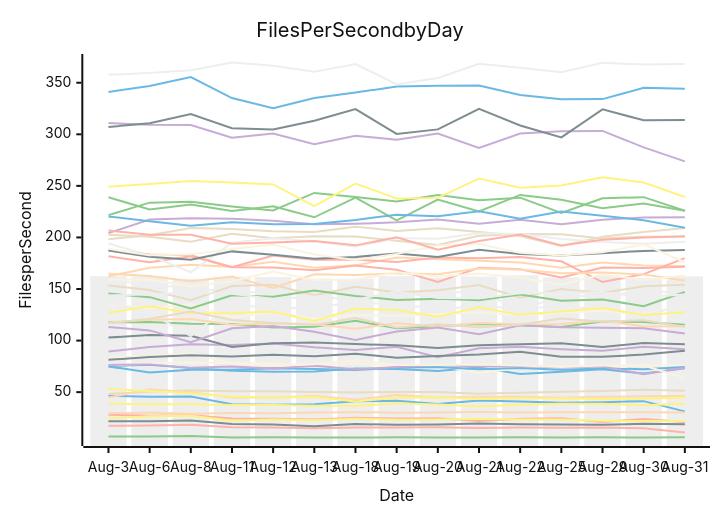
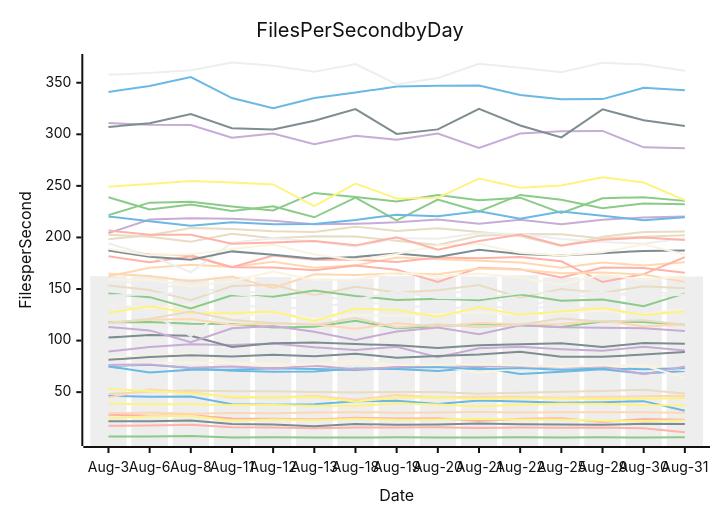
One commit to streetsidesoftware/cspell changed the diagram in perf-report.md. Above: the diagram before and after it, drawn with Mermaid (neutral theme). The commit also changed other lines of this file and 1 other file, not shown here.

````diff
--- a/perf-report.md
+++ b/perf-report.md
@@ -10,57 +10,57 @@
 ```mermaid
 xychart-beta
     title Files Per Second by Day
     y-axis Files per Second
     x-axis Date [Aug-3, Aug-6, Aug-8, Aug-11, Aug-12, Aug-13, Aug-18, Aug-19, Aug-20, Aug-21, Aug-22, Aug-25, Aug-29, Aug-30, Aug-31]
-    bar [162.42, 162.15, 159.78, 161.87, 161.59, 160.12, 160.00, 162.54, 160.82, 162.11, 163.20, 161.31, 162.91, 160.67, 162.23]
-    line [46.57, 45.56, 45.66, 38.22, 37.79, 38.23, 41.09, 41.54, 38.59, 41.99, 40.85, 39.81, 40.28, 41.27, 31.34]
-    line [6.91, 7.06, 7.47, 6.09, 6.22, 6.12, 6.05, 6.23, 6.09, 6.02, 6.19, 6.02, 6.20, 6.04, 6.31]
-    line [89.32, 93.72, 96.32, 95.66, 97.25, 93.41, 90.83, 93.92, 83.91, 92.53, 93.93, 91.70, 90.17, 94.03, 91.58]
-    line [48.27, 50.39, 51.68, 50.89, 50.88, 50.22, 49.59, 50.25, 50.03, 48.40, 49.47, 50.47, 51.15, 52.21, 51.36]
-    line [27.98, 27.09, 27.59, 24.33, 24.19, 23.40, 25.07, 24.48, 24.64, 22.11, 24.14, 24.67, 21.16, 23.95, 21.08]
-    line [24.58, 26.54, 27.00, 22.24, 23.36, 22.81, 24.23, 23.27, 23.59, 24.08, 23.43, 23.40, 22.23, 21.90, 22.11]
-    line [102.88, 105.40, 104.69, 93.74, 97.45, 98.22, 96.65, 95.35, 92.84, 95.49, 96.50, 97.40, 93.72, 97.65, 96.36]
-    line [44.73, 52.88, 49.80, 44.85, 44.73, 46.28, 42.85, 47.12, 44.69, 45.57, 45.49, 44.61, 45.50, 46.05, 46.28]
-    line [135.43, 131.19, 135.23, 122.44, 127.81, 121.17, 124.81, 124.18, 125.47, 127.40, 124.91, 126.98, 128.83, 125.51, 134.00]
-    line [158.79, 154.00, 151.10, 147.11, 146.86, 146.10, 136.12, 147.29, 144.63, 149.12, 128.33, 145.05, 141.62, 149.48, 145.13]
-    line [75.13, 76.66, 73.32, 70.77, 69.86, 70.01, 73.04, 72.36, 70.62, 73.83, 67.67, 69.68, 72.12, 68.00, 73.10]
-    line [117.78, 117.94, 116.33, 116.04, 112.64, 113.43, 119.19, 111.93, 114.00, 116.17, 114.97, 113.11, 118.41, 118.01, 115.38]
-    line [310.96, 309.18, 308.97, 296.59, 300.81, 290.46, 298.69, 294.82, 300.68, 286.71, 300.74, 302.95, 303.29, 287.37, 273.70]
-    line [202.60, 200.71, 195.89, 203.57, 199.20, 201.23, 200.81, 196.78, 192.62, 201.64, 203.42, 203.18, 198.91, 200.77, 200.60]
-    line [17.45, 17.65, 18.37, 15.99, 15.64, 15.11, 15.67, 15.78, 15.86, 15.35, 15.70, 15.41, 15.75, 15.00, 10.95]
-    line [53.03, 51.13, 48.90, 45.53, 44.69, 45.18, 40.85, 44.70, 45.09, 43.47, 44.07, 43.94, 43.35, 43.55, 44.83]
-    line [21.72, 21.80, 22.54, 19.07, 18.54, 16.95, 19.10, 18.27, 18.74, 19.65, 18.80, 18.62, 18.45, 19.29, 18.93]
-    line [162.30, 170.51, 173.47, 171.46, 176.49, 170.50, 172.92, 180.52, 178.78, 177.41, 175.76, 170.70, 175.74, 172.74, 172.42]
-    line [75.71, 77.66, 78.66, 78.35, 77.65, 75.86, 77.65, 74.07, 76.09, 68.93, 73.13, 75.35, 74.03, 75.97, 75.67]
-    line [137.05, 127.16, 104.34, 135.34, 130.97, 132.26, 136.82, 135.16, 130.52, 133.31, 131.34, 132.85, 130.95, 124.42, 134.71]
-    line [74.92, 69.05, 71.64, 71.63, 73.23, 72.55, 71.44, 73.71, 74.27, 72.25, 73.30, 71.82, 72.99, 72.24, 74.47]
-    line [238.93, 227.08, 231.94, 225.75, 230.29, 219.53, 238.65, 216.52, 236.75, 225.24, 241.21, 236.60, 228.23, 232.86, 225.86]
-    line [76.34, 76.92, 73.53, 74.78, 72.96, 75.57, 72.13, 74.31, 76.20, 74.98, 75.32, 73.98, 74.92, 67.44, 73.58]
-    line [198.32, 202.22, 209.23, 208.13, 206.12, 205.21, 210.46, 206.31, 208.96, 205.28, 201.48, 191.68, 200.76, 205.32, 209.16]
-    line [181.77, 175.87, 181.75, 171.06, 170.80, 168.18, 172.80, 168.69, 156.73, 170.52, 169.10, 161.12, 170.94, 170.42, 171.66]
-    line [39.03, 38.14, 38.18, 37.54, 37.60, 36.71, 36.51, 39.25, 38.04, 36.06, 37.72, 38.63, 38.79, 37.24, 38.82]
-    line [307.09, 310.74, 319.60, 305.87, 304.71, 313.08, 324.40, 300.37, 304.78, 324.68, 308.60, 296.98, 324.16, 313.60, 313.90]
-    line [117.60, 120.09, 120.85, 115.35, 116.69, 115.74, 111.39, 116.78, 113.71, 117.01, 115.75, 116.08, 119.18, 113.59, 113.90]
-    line [83.62, 84.88, 87.82, 77.70, 75.58, 76.94, 80.70, 76.26, 76.41, 76.73, 75.85, 74.38, 75.85, 75.82, 63.58]
-    line [194.07, 182.58, 166.07, 194.86, 199.17, 196.17, 191.14, 199.41, 198.71, 204.15, 203.44, 198.55, 195.50, 193.96, 195.93]
-    line [341.03, 346.90, 355.56, 335.17, 325.27, 335.20, 340.52, 346.23, 347.14, 347.41, 338.20, 333.97, 334.12, 345.07, 344.07]
-    line [221.63, 233.74, 234.59, 230.11, 226.13, 243.15, 239.31, 234.89, 241.23, 236.06, 238.56, 223.75, 237.91, 239.06, 225.93]
-    line [204.15, 217.44, 218.55, 218.05, 216.13, 212.80, 213.27, 214.61, 217.28, 213.25, 217.17, 212.77, 217.16, 219.42, 219.67]
-    line [153.39, 148.93, 139.04, 152.86, 154.13, 144.07, 152.10, 146.68, 148.87, 153.90, 141.45, 150.06, 146.03, 152.71, 154.22]
-    line [187.46, 183.38, 182.66, 171.17, 182.41, 178.32, 178.57, 176.08, 180.57, 179.89, 180.99, 176.89, 156.76, 164.43, 179.98]
-    line [126.83, 133.33, 126.61, 126.72, 128.04, 119.05, 131.02, 129.61, 123.08, 132.18, 124.93, 128.24, 131.60, 124.76, 127.41]
-    line [187.31, 181.39, 178.30, 186.48, 183.29, 179.27, 181.07, 184.49, 180.99, 187.99, 183.89, 182.41, 184.77, 186.94, 187.90]
-    line [29.48, 30.19, 29.03, 29.67, 29.60, 30.33, 30.62, 30.06, 30.32, 30.71, 30.33, 30.41, 30.59, 30.45, 30.18]
-    line [188.91, 182.68, 183.70, 188.70, 193.07, 183.50, 178.10, 183.95, 192.12, 193.67, 185.05, 182.38, 185.55, 193.26, 175.95]
-    line [357.63, 359.56, 362.02, 369.62, 366.45, 360.63, 368.14, 348.34, 354.65, 368.47, 364.63, 360.14, 369.32, 367.60, 368.06]
-    line [220.37, 215.62, 211.22, 214.76, 212.79, 213.14, 217.00, 221.94, 220.45, 225.30, 218.11, 225.16, 221.13, 216.69, 209.38]
-    line [145.58, 142.12, 131.06, 143.98, 142.41, 148.62, 143.28, 139.37, 140.53, 139.04, 144.69, 138.65, 139.89, 133.31, 147.05]
-    line [113.19, 109.88, 98.38, 112.00, 114.17, 108.57, 100.66, 108.77, 112.72, 106.20, 114.85, 112.98, 112.47, 111.83, 106.77]
-    line [116.67, 121.26, 128.17, 119.97, 117.10, 115.21, 121.90, 112.74, 115.76, 112.80, 115.24, 121.46, 118.37, 119.80, 113.42]
-    line [206.67, 202.54, 202.61, 193.89, 195.05, 196.60, 192.32, 200.16, 188.13, 196.57, 202.87, 192.16, 197.82, 199.85, 201.09]
-    line [249.24, 251.79, 254.83, 253.26, 251.44, 230.32, 252.21, 237.84, 238.36, 257.03, 248.15, 250.39, 258.39, 253.25, 239.15]
-    line [81.39, 83.97, 85.77, 84.48, 86.21, 84.78, 87.25, 83.34, 85.16, 86.61, 89.19, 84.30, 84.25, 86.47, 90.24]
-    line [164.91, 162.58, 157.48, 162.05, 151.08, 164.19, 163.52, 165.17, 164.35, 169.78, 168.65, 165.26, 166.00, 163.99, 158.25]
-    line [159.02, 159.32, 152.64, 157.58, 166.90, 158.63, 158.95, 166.31, 162.23, 164.91, 160.87, 154.07, 164.02, 158.84, 163.22]
-    line [143.82, 144.85, 146.35, 145.37, 140.27, 142.62, 139.83, 147.55, 141.21, 140.96, 145.89, 146.30, 146.55, 142.25, 144.78]
+    bar [162.42, 162.15, 159.78, 161.87, 161.59, 160.12, 160.00, 162.54, 160.82, 162.11, 163.20, 161.31, 162.91, 160.67, 162.16]
+    line [46.57, 45.56, 45.66, 38.22, 37.79, 38.23, 41.09, 41.54, 38.59, 41.99, 40.85, 39.81, 40.28, 41.27, 31.95]
+    line [6.91, 7.06, 7.47, 6.09, 6.22, 6.12, 6.05, 6.23, 6.09, 6.02, 6.19, 6.02, 6.20, 6.04, 6.23]
+    line [89.32, 93.72, 96.32, 95.66, 97.25, 93.41, 90.83, 93.92, 83.91, 92.53, 93.93, 91.70, 90.17, 94.03, 90.40]
+    line [48.27, 50.39, 51.68, 50.89, 50.88, 50.22, 49.59, 50.25, 50.03, 48.40, 49.47, 50.47, 51.15, 52.21, 48.60]
+    line [27.98, 27.09, 27.59, 24.33, 24.19, 23.40, 25.07, 24.48, 24.64, 22.11, 24.14, 24.67, 21.16, 23.95, 23.30]
+    line [24.58, 26.54, 27.00, 22.24, 23.36, 22.81, 24.23, 23.27, 23.59, 24.08, 23.43, 23.40, 22.23, 21.90, 22.46]
+    line [102.88, 105.40, 104.69, 93.74, 97.45, 98.22, 96.65, 95.35, 92.84, 95.49, 96.50, 97.40, 93.72, 97.65, 96.80]
+    line [44.73, 52.88, 49.80, 44.85, 44.73, 46.28, 42.85, 47.12, 44.69, 45.57, 45.49, 44.61, 45.50, 46.05, 46.44]
+    line [135.43, 131.19, 135.23, 122.44, 127.81, 121.17, 124.81, 124.18, 125.47, 127.40, 124.91, 126.98, 128.83, 125.51, 130.73]
+    line [158.79, 154.00, 151.10, 147.11, 146.86, 146.10, 136.12, 147.29, 144.63, 149.12, 128.33, 145.05, 141.62, 149.48, 142.85]
+    line [75.13, 76.66, 73.32, 70.77, 69.86, 70.01, 73.04, 72.36, 70.62, 73.83, 67.67, 69.68, 72.12, 68.00, 70.47]
+    line [117.78, 117.94, 116.33, 116.04, 112.64, 113.43, 119.19, 111.93, 114.00, 116.17, 114.97, 113.11, 118.41, 118.01, 115.40]
+    line [310.96, 309.18, 308.97, 296.59, 300.81, 290.46, 298.69, 294.82, 300.68, 286.71, 300.74, 302.95, 303.29, 287.37, 286.48]
+    line [202.60, 200.71, 195.89, 203.57, 199.20, 201.23, 200.81, 196.78, 192.62, 201.64, 203.42, 203.18, 198.91, 200.77, 202.09]
+    line [17.45, 17.65, 18.37, 15.99, 15.64, 15.11, 15.67, 15.78, 15.86, 15.35, 15.70, 15.41, 15.75, 15.00, 11.10]
+    line [53.03, 51.13, 48.90, 45.53, 44.69, 45.18, 40.85, 44.70, 45.09, 43.47, 44.07, 43.94, 43.35, 43.55, 44.33]
+    line [21.72, 21.80, 22.54, 19.07, 18.54, 16.95, 19.10, 18.27, 18.74, 19.65, 18.80, 18.62, 18.45, 19.29, 19.08]
+    line [162.30, 170.51, 173.47, 171.46, 176.49, 170.50, 172.92, 180.52, 178.78, 177.41, 175.76, 170.70, 175.74, 172.74, 175.87]
+    line [75.71, 77.66, 78.66, 78.35, 77.65, 75.86, 77.65, 74.07, 76.09, 68.93, 73.13, 75.35, 74.03, 75.97, 71.20]
+    line [137.05, 127.16, 104.34, 135.34, 130.97, 132.26, 136.82, 135.16, 130.52, 133.31, 131.34, 132.85, 130.95, 124.42, 129.63]
+    line [74.92, 69.05, 71.64, 71.63, 73.23, 72.55, 71.44, 73.71, 74.27, 72.25, 73.30, 71.82, 72.99, 72.24, 73.05]
+    line [238.93, 227.08, 231.94, 225.75, 230.29, 219.53, 238.65, 216.52, 236.75, 225.24, 241.21, 236.60, 228.23, 232.86, 232.26]
+    line [76.34, 76.92, 73.53, 74.78, 72.96, 75.57, 72.13, 74.31, 76.20, 74.98, 75.32, 73.98, 74.92, 67.44, 74.93]
+    line [198.32, 202.22, 209.23, 208.13, 206.12, 205.21, 210.46, 206.31, 208.96, 205.28, 201.48, 191.68, 200.76, 205.32, 205.73]
+    line [181.77, 175.87, 181.75, 171.06, 170.80, 168.18, 172.80, 168.69, 156.73, 170.52, 169.10, 161.12, 170.94, 170.42, 165.85]
+    line [39.03, 38.14, 38.18, 37.54, 37.60, 36.71, 36.51, 39.25, 38.04, 36.06, 37.72, 38.63, 38.79, 37.24, 37.32]
+    line [307.09, 310.74, 319.60, 305.87, 304.71, 313.08, 324.40, 300.37, 304.78, 324.68, 308.60, 296.98, 324.16, 313.60, 308.04]
+    line [117.60, 120.09, 120.85, 115.35, 116.69, 115.74, 111.39, 116.78, 113.71, 117.01, 115.75, 116.08, 119.18, 113.59, 115.52]
+    line [83.62, 84.88, 87.82, 77.70, 75.58, 76.94, 80.70, 76.26, 76.41, 76.73, 75.85, 74.38, 75.85, 75.82, 63.83]
+    line [194.07, 182.58, 166.07, 194.86, 199.17, 196.17, 191.14, 199.41, 198.71, 204.15, 203.44, 198.55, 195.50, 193.96, 199.31]
+    line [341.03, 346.90, 355.56, 335.17, 325.27, 335.20, 340.52, 346.23, 347.14, 347.41, 338.20, 333.97, 334.12, 345.07, 342.66]
+    line [221.63, 233.74, 234.59, 230.11, 226.13, 243.15, 239.31, 234.89, 241.23, 236.06, 238.56, 223.75, 237.91, 239.06, 235.45]
+    line [204.15, 217.44, 218.55, 218.05, 216.13, 212.80, 213.27, 214.61, 217.28, 213.25, 217.17, 212.77, 217.16, 219.42, 220.41]
+    line [153.39, 148.93, 139.04, 152.86, 154.13, 144.07, 152.10, 146.68, 148.87, 153.90, 141.45, 150.06, 146.03, 152.71, 150.80]
+    line [187.46, 183.38, 182.66, 171.17, 182.41, 178.32, 178.57, 176.08, 180.57, 179.89, 180.99, 176.89, 156.76, 164.43, 180.88]
+    line [126.83, 133.33, 126.61, 126.72, 128.04, 119.05, 131.02, 129.61, 123.08, 132.18, 124.93, 128.24, 131.60, 124.76, 128.19]
+    line [187.31, 181.39, 178.30, 186.48, 183.29, 179.27, 181.07, 184.49, 180.99, 187.99, 183.89, 182.41, 184.77, 186.94, 187.25]
+    line [29.48, 30.19, 29.03, 29.67, 29.60, 30.33, 30.62, 30.06, 30.32, 30.71, 30.33, 30.41, 30.59, 30.45, 30.07]
+    line [188.91, 182.68, 183.70, 188.70, 193.07, 183.50, 178.10, 183.95, 192.12, 193.67, 185.05, 182.38, 185.55, 193.26, 183.54]
+    line [357.63, 359.56, 362.02, 369.62, 366.45, 360.63, 368.14, 348.34, 354.65, 368.47, 364.63, 360.14, 369.32, 367.60, 361.65]
+    line [220.37, 215.62, 211.22, 214.76, 212.79, 213.14, 217.00, 221.94, 220.45, 225.30, 218.11, 225.16, 221.13, 216.69, 219.64]
+    line [145.58, 142.12, 131.06, 143.98, 142.41, 148.62, 143.28, 139.37, 140.53, 139.04, 144.69, 138.65, 139.89, 133.31, 145.80]
+    line [113.19, 109.88, 98.38, 112.00, 114.17, 108.57, 100.66, 108.77, 112.72, 106.20, 114.85, 112.98, 112.47, 111.83, 109.19]
+    line [116.67, 121.26, 128.17, 119.97, 117.10, 115.21, 121.90, 112.74, 115.76, 112.80, 115.24, 121.46, 118.37, 119.80, 115.33]
+    line [206.67, 202.54, 202.61, 193.89, 195.05, 196.60, 192.32, 200.16, 188.13, 196.57, 202.87, 192.16, 197.82, 199.85, 197.57]
+    line [249.24, 251.79, 254.83, 253.26, 251.44, 230.32, 252.21, 237.84, 238.36, 257.03, 248.15, 250.39, 258.39, 253.25, 236.21]
+    line [81.39, 83.97, 85.77, 84.48, 86.21, 84.78, 87.25, 83.34, 85.16, 86.61, 89.19, 84.30, 84.25, 86.47, 88.91]
+    line [164.91, 162.58, 157.48, 162.05, 151.08, 164.19, 163.52, 165.17, 164.35, 169.78, 168.65, 165.26, 166.00, 163.99, 156.90]
+    line [159.02, 159.32, 152.64, 157.58, 166.90, 158.63, 158.95, 166.31, 162.23, 164.91, 160.87, 154.07, 164.02, 158.84, 162.35]
+    line [143.82, 144.85, 146.35, 145.37, 140.27, 142.62, 139.83, 147.55, 141.21, 140.96, 145.89, 146.30, 146.55, 142.25, 144.70]
 ```
````
